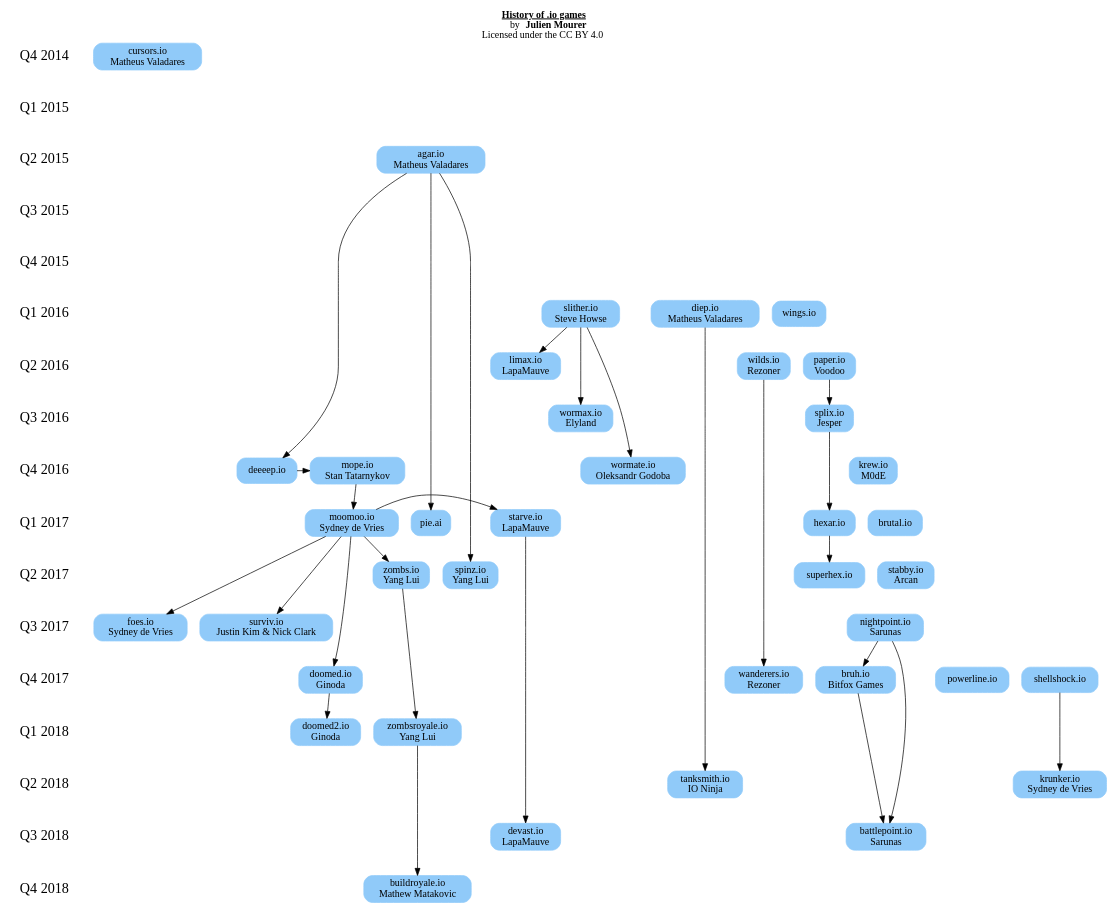
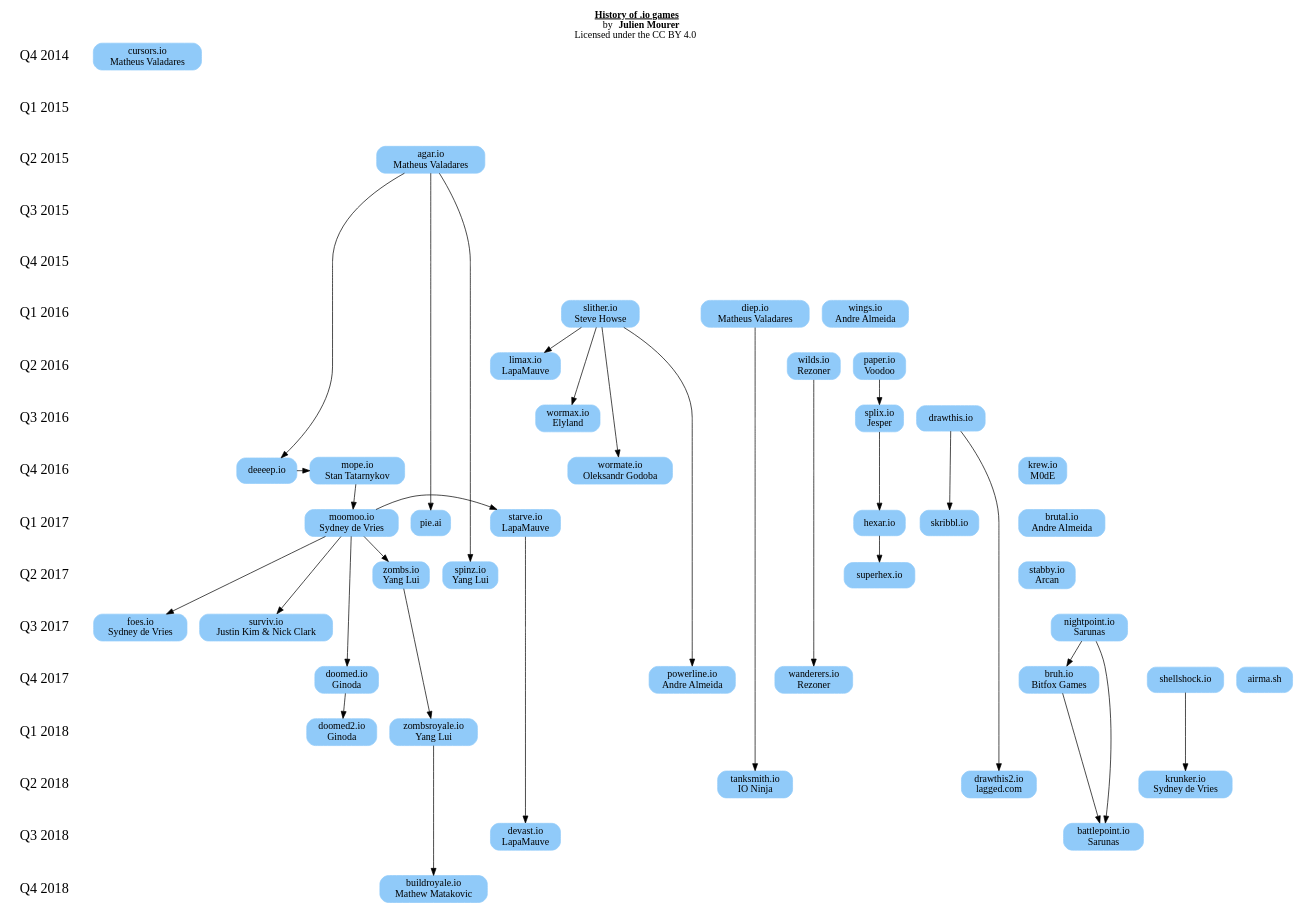
One commit to getkey/io-game-history changed the diagram in io-game-history.gv. Above: the diagram before and after it, drawn with Graphviz. The commit also changed 1 other file, not shown here.

```diff
--- a/io-game-history.gv
+++ b/io-game-history.gv
@@ -1,102 +1,109 @@
 digraph iogames {
     labelloc="t";
     label=<<u><b>History of .io games</b></u><br/>by <b>Julien Mourer</b><br/>Licensed under the CC BY 4.0>;
 
 	{
 		node [shape=none, color=white, fillcolor=white, fontsize=20, height=.5];
 		edge [style=invis]
 
 		{ "2014q4" [label="Q4 2014"] }
 		{ "2015q1" [label="Q1 2015"] }
 		{ "2015q2" [label="Q2 2015"] }
 		{ "2015q3" [label="Q3 2015"] }
 		{ "2015q4" [label="Q4 2015"] }
 		{ "2016q1" [label="Q1 2016"] }
 		{ "2016q2" [label="Q2 2016"] }
 		{ "2016q3" [label="Q3 2016"] }
 		{ "2016q4" [label="Q4 2016"] }
 		{ "2017q1" [label="Q1 2017"] }
 		{ "2017q2" [label="Q2 2017"] }
 		{ "2017q3" [label="Q3 2017"] }
 		{ "2017q4" [label="Q4 2017"] }
 		{ "2018q1" [label="Q1 2018"] }
 		{ "2018q2" [label="Q2 2018"] }
 		{ "2018q3" [label="Q3 2018"] }
 		{ "2018q4" [label="Q4 2018"] }
 
 		"2014q4" ->
 		"2015q1" -> "2015q2" -> "2015q3" -> "2015q4" ->
 		"2016q1" -> "2016q2" -> "2016q3" -> "2016q4" ->
 		"2017q1" -> "2017q2" -> "2017q3" -> "2017q4" ->
 		"2018q1" -> "2018q2" -> "2018q3" -> "2018q4";
 	}
 
 	{
 		node [color="#90caf9", style="rounded, filled", shape=box];
 		{ rank=same; "2014q4"; "cursors.io" [label="\N\nMatheus Valadares"] }
 		{ rank=same; "2015q2"; "agar.io" [label="\N\nMatheus Valadares"] } /* https://en.wikipedia.org/wiki/Agar.io */
 		{ rank=same; "2016q1"; "slither.io" [label="\N\nSteve Howse"] } /* https://en.wikipedia.org/wiki/Slither.io */
 		{ rank=same; "2016q1"; "diep.io" [label="\N\nMatheus Valadares"] }
-		{ rank=same; "2016q1"; "wings.io" }
+		{ rank=same; "2016q1"; "wings.io" [label="\N\nAndre Almeida"] }
 		{ rank=same; "2016q2"; "limax.io" [label="\N\nLapaMauve"] }
 		{ rank=same; "2016q2"; "wilds.io" [label="\N\nRezoner"] }
 		{ rank=same; "2016q3"; "wormax.io" [label="\N\nElyland"] }
 		{ rank=same; "2016q4"; "deeeep.io" }
 		{ rank=same; "2016q4"; "mope.io" [label="\N\nStan Tatarnykov"] }
 		{ rank=same; "2016q4"; "wormate.io" [label="\N\nOleksandr Godoba"] }
 		{ rank=same; "2016q2"; "paper.io" [label="\N\nVoodoo"] }
 		{ rank=same; "2016q3"; "splix.io" [label="\N\nJesper"] }
+		{ rank=same; "2016q3"; "drawthis.io" }
 		{ rank=same; "2016q4"; "krew.io" [label="\N\nM0dE"] }
-		{ rank=same; "2017q1"; "brutal.io" }
+		{ rank=same; "2017q1"; "brutal.io" [label="\N\nAndre Almeida"] }
 		{ rank=same; "2017q1"; "hexar.io" }
 		{ rank=same; "2017q1"; "pie.ai" }
 		{ rank=same; "2017q1"; "moomoo.io" [label="\N\nSydney de Vries"] }
 		{ rank=same; "2017q1"; "starve.io" [label="\N\nLapaMauve"] }
+		{ rank=same; "2017q1"; "skribbl.io" }
 		{ rank=same; "2017q2"; "stabby.io" [label="\N\nArcan"] }
 		{ rank=same; "2017q2"; "zombs.io" [label="\N\nYang Lui"] }
 		{ rank=same; "2017q2"; "spinz.io" [label="\N\nYang Lui"] }
 		{ rank=same; "2017q2"; "superhex.io" }
 		{ rank=same; "2017q3"; "foes.io" [label="\N\nSydney de Vries"] }
 		{ rank=same; "2017q3"; "surviv.io" [label="\N\nJustin Kim & Nick Clark"] } /* https://en.wikipedia.org/wiki/Surviv.io */
 		{ rank=same; "2017q3"; "nightpoint.io" [label="\N\nSarunas"] }
-		{ rank=same; "2017q4"; "powerline.io" }
+		{ rank=same; "2017q4"; "powerline.io" [label="\N\nAndre Almeida"] }
 		{ rank=same; "2017q4"; "doomed.io" [label="\N\nGinoda"] }
 		{ rank=same; "2017q4"; "bruh.io" [label="\N\nBitfox Games"] }
 		{ rank=same; "2017q4"; "wanderers.io" [label="\N\nRezoner"] }
 		{ rank=same; "2017q4"; "shellshock.io" }
+		{ rank=same; "2017q4"; "airma.sh" }
 		{ rank=same; "2018q1"; "zombsroyale.io" [label="\N\nYang Lui"] }
 		{ rank=same; "2018q1"; "doomed2.io" [label="\N\nGinoda"] }
 		{ rank=same; "2018q2"; "tanksmith.io" [label="\N\nIO Ninja"] }
+		{ rank=same; "2018q2"; "drawthis2.io" [label="\N\nlagged.com"] }
 		{ rank=same; "2018q2"; "krunker.io" [label="\N\nSydney de Vries"] }
 		{ rank=same; "2018q3"; "devast.io" [label="\N\nLapaMauve"] }
 		{ rank=same; "2018q3"; "battlepoint.io" [label="\N\nSarunas"] }
 		{ rank=same; "2018q4"; "buildroyale.io" [label="\N\nMathew Matakovic"] }
 
 		"slither.io" -> "wormax.io";
 		"slither.io" -> "wormate.io";
 		"slither.io" -> "limax.io";
-		"moomoo.io" -> "foes.io"
-		"moomoo.io" -> "doomed.io"
-		"moomoo.io" -> "starve.io"
-		"moomoo.io" -> "surviv.io"
-		"doomed.io" -> "doomed2.io"
-		"nightpoint.io" -> "battlepoint.io"
-		"nightpoint.io" -> "bruh.io"
-		"bruh.io" -> "battlepoint.io"
-		"zombs.io" -> "zombsroyale.io"
-		"moomoo.io" -> "zombs.io"
-		"zombsroyale.io" -> "buildroyale.io"
-		"wilds.io" -> "wanderers.io"
-		"agar.io" -> "spinz.io"
-		"agar.io" -> "pie.ai"
-		"starve.io" -> "devast.io"
-		"paper.io" -> "splix.io"
-		"splix.io" -> "hexar.io"
-		"hexar.io" -> "superhex.io"
-		"agar.io" -> "deeeep.io"
-		"diep.io" -> "tanksmith.io"
-		"deeeep.io" -> "mope.io"
-		"mope.io" -> "moomoo.io"
-		"shellshock.io" -> "krunker.io"
+		"slither.io" -> "powerline.io";
+		"moomoo.io" -> "foes.io";
+		"moomoo.io" -> "doomed.io";
+		"moomoo.io" -> "starve.io";
+		"moomoo.io" -> "surviv.io";
+		"doomed.io" -> "doomed2.io";
+		"nightpoint.io" -> "battlepoint.io";
+		"nightpoint.io" -> "bruh.io";
+		"bruh.io" -> "battlepoint.io";
+		"zombs.io" -> "zombsroyale.io";
+		"moomoo.io" -> "zombs.io";
+		"zombsroyale.io" -> "buildroyale.io";
+		"wilds.io" -> "wanderers.io";
+		"agar.io" -> "spinz.io";
+		"agar.io" -> "pie.ai";
+		"starve.io" -> "devast.io";
+		"paper.io" -> "splix.io";
+		"splix.io" -> "hexar.io";
+		"hexar.io" -> "superhex.io";
+		"agar.io" -> "deeeep.io";
+		"diep.io" -> "tanksmith.io";
+		"deeeep.io" -> "mope.io";
+		"mope.io" -> "moomoo.io";
+		"shellshock.io" -> "krunker.io";
+		"drawthis.io" -> "skribbl.io";
+		"drawthis.io" -> "drawthis2.io";
 	}
 }
```
